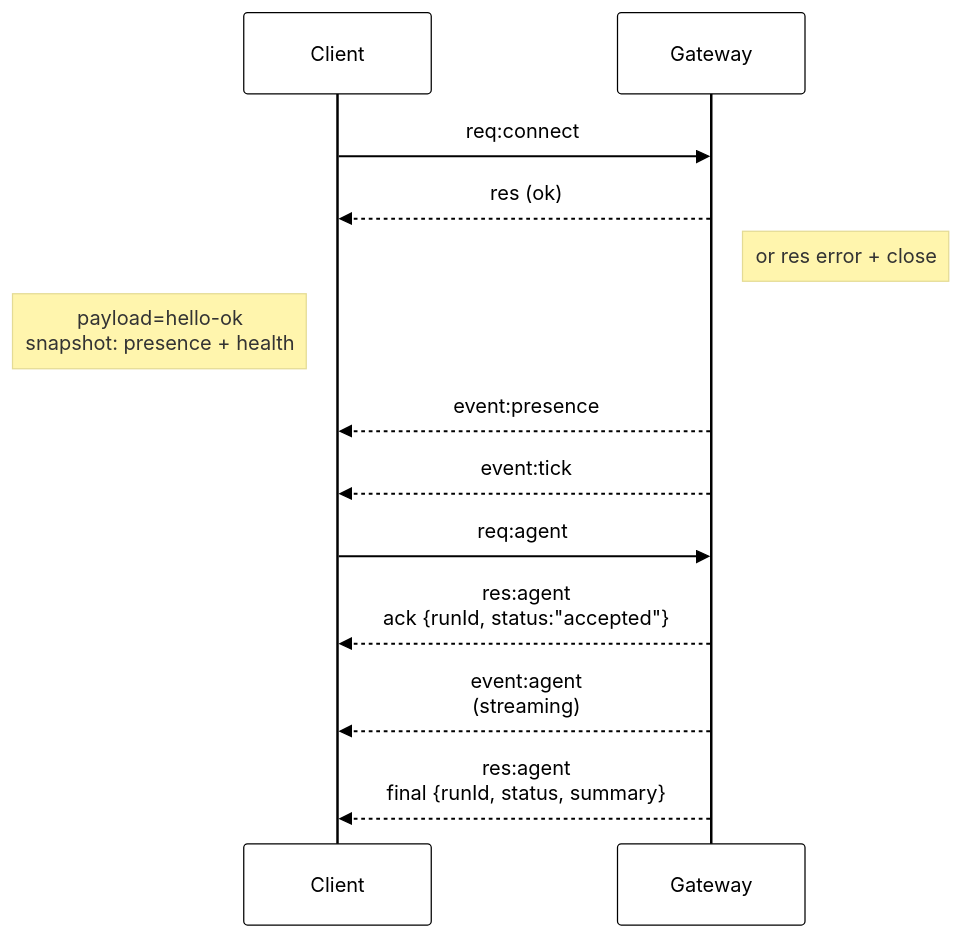
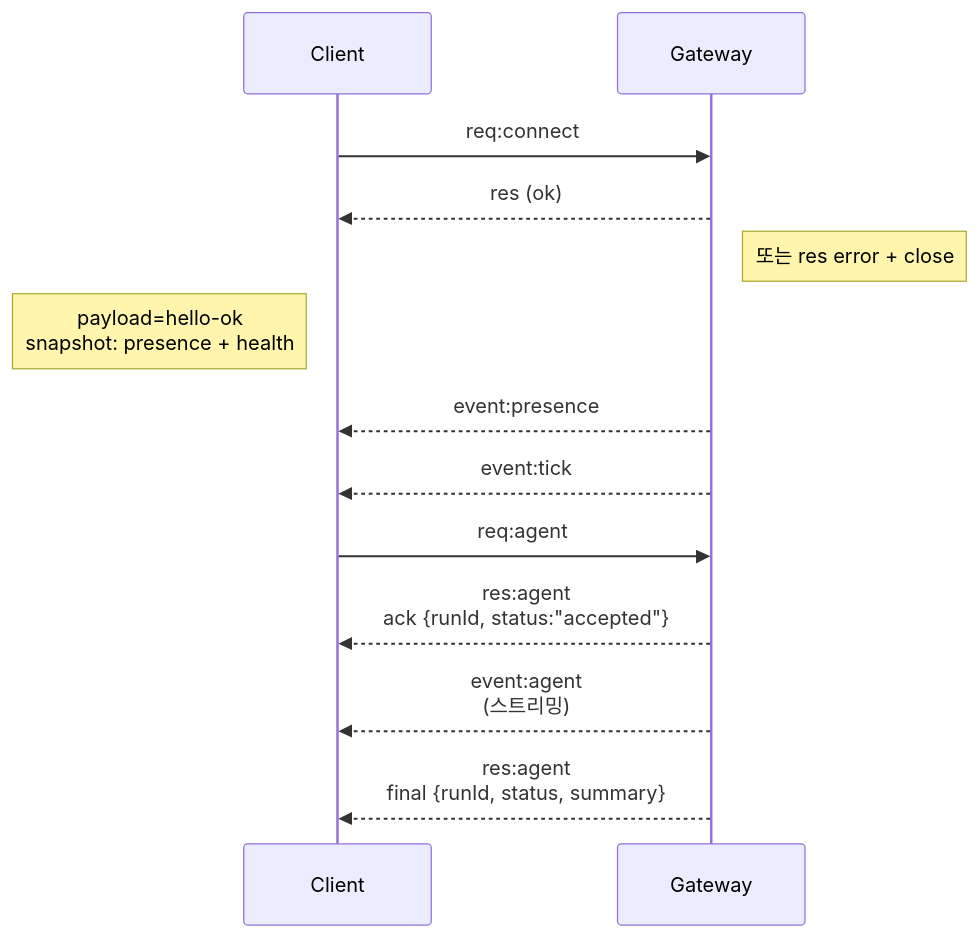
Before and after one commit to johnakelly-yahoo-com/veiseule-openclaw: the diagram in ko/concepts/architecture.md, drawn with Mermaid. The commit also changed other lines of this file and 7264 other files, not shown here.

````diff
--- a/ko/concepts/architecture.md
+++ b/ko/concepts/architecture.md
@@ -50,34 +56,18 @@
 ```mermaid
-%%{init: {
-  'theme': 'base',
-  'themeVariables': {
-    'primaryColor': '#ffffff',
-    'primaryTextColor': '#000000',
-    'primaryBorderColor': '#000000',
-    'lineColor': '#000000',
-    'secondaryColor': '#f9f9fb',
-    'tertiaryColor': '#ffffff',
-    'clusterBkg': '#f9f9fb',
-    'clusterBorder': '#000000',
-    'nodeBorder': '#000000',
-    'mainBkg': '#ffffff',
-    'edgeLabelBackground': '#ffffff'
-  }
-}}%%
 sequenceDiagram
     participant Client
     participant Gateway
 
     Client->>Gateway: req:connect
     Gateway-->>Client: res (ok)
-    Note right of Gateway: or res error + close
+    Note right of Gateway: 또는 res error + close
     Note left of Client: payload=hello-ok<br>snapshot: presence + health
 
     Gateway-->>Client: event:presence
     Gateway-->>Client: event:tick
 
     Client->>Gateway: req:agent
     Gateway-->>Client: res:agent<br>ack {runId, status:"accepted"}
-    Gateway-->>Client: event:agent<br>(streaming)
+    Gateway-->>Client: event:agent<br>(스트리밍)
     Gateway-->>Client: res:agent<br>final {runId, status, summary}
 ```
````
